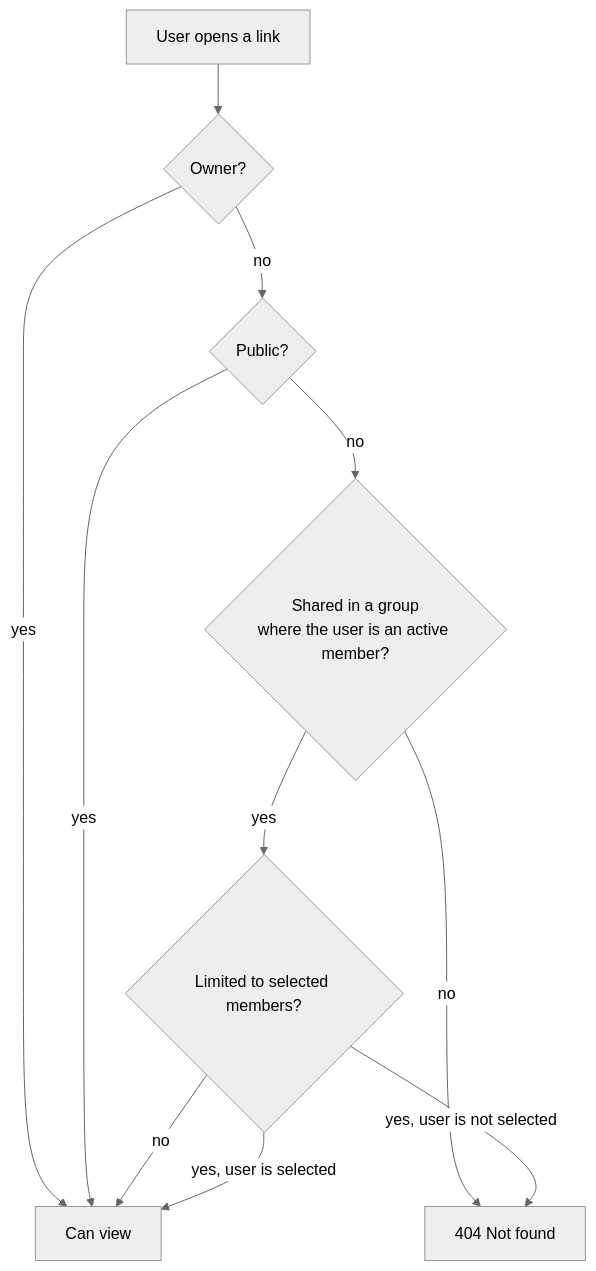
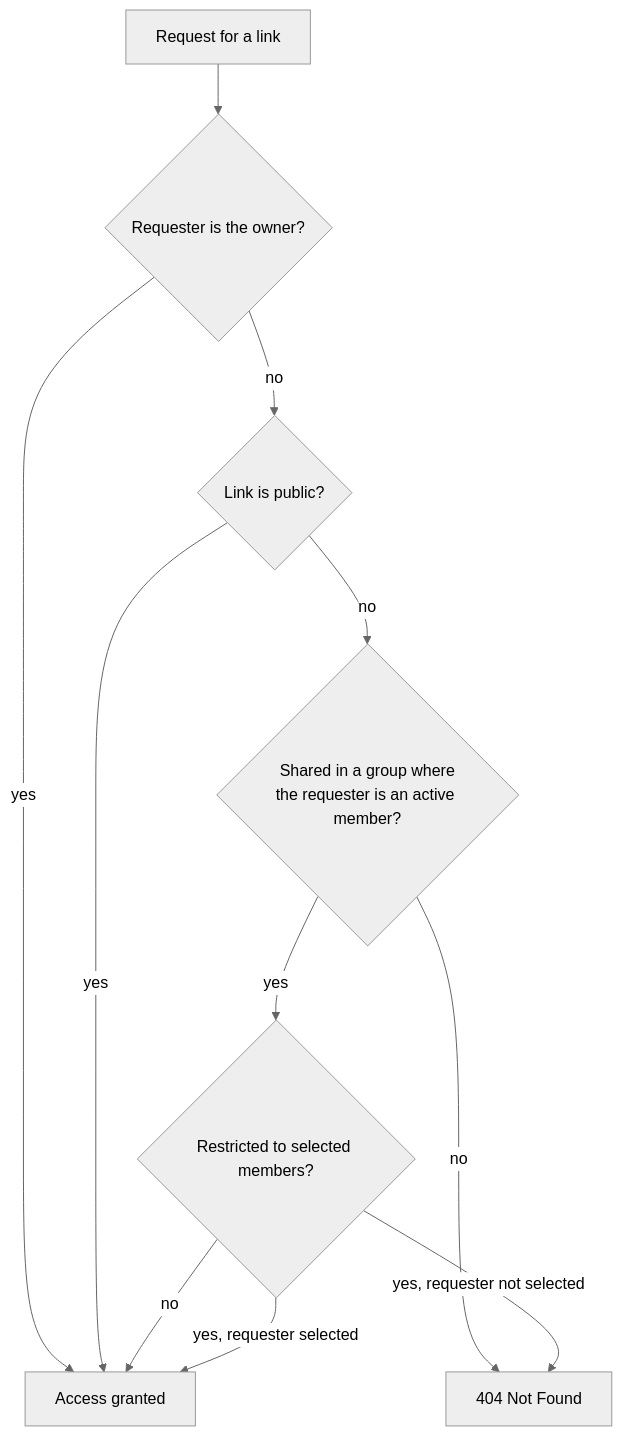
The fourth of 8 diagrams in .github/README.md (Masbismaa/mtoa_alr), drawn with Mermaid (neutral theme) before and after one commit. The commit also changed other lines of this file and 3 other files, not shown here.

````diff
--- a/.github/README.md
+++ b/.github/README.md
@@ -444,13 +471,13 @@
 ```mermaid
 flowchart TD
-    A[User opens a link] --> B{Owner?}
-    B -->|yes| V[Can view]
-    B -->|no| C{Public?}
+    A[Request for a link] --> B{Requester is the owner?}
+    B -->|yes| V[Access granted]
+    B -->|no| C{Link is public?}
     C -->|yes| V
-    C -->|no| D{Shared in a group<br/>where the user is an active member?}
-    D -->|no| N[404 Not found]
-    D -->|yes| E{Limited to selected members?}
+    C -->|no| D{Shared in a group where<br/>the requester is an active member?}
+    D -->|no| N[404 Not Found]
+    D -->|yes| E{Restricted to selected members?}
     E -->|no| V
-    E -->|yes, user is selected| V
-    E -->|yes, user is not selected| N
+    E -->|yes, requester selected| V
+    E -->|yes, requester not selected| N
 ```
````
